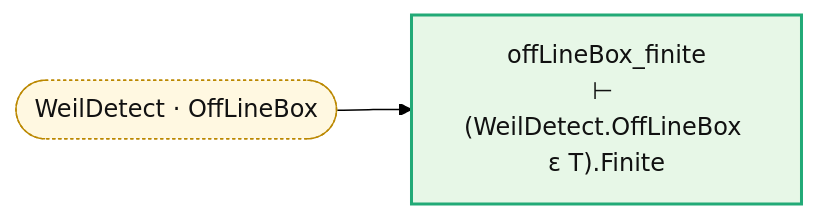
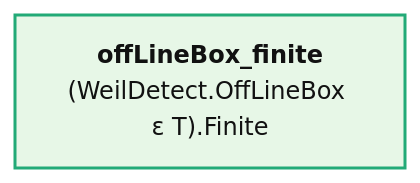
The diagram in map/lean_stage3/BoxFinite.md (juliansambranojr/Primebeat_081426), drawn with Mermaid (forest theme) before and after one commit. The commit also changed other lines of this file and 387 other files, not shown here.

````diff
--- a/map/lean_stage3/BoxFinite.md
+++ b/map/lean_stage3/BoxFinite.md
@@ -8,12 +12,9 @@
 ```mermaid
 flowchart LR
-  n0["offLineBox_finite<br/>⊢ (WeilDetect.OffLineBox ε T).Finite"]:::end_
-  x0(["WeilDetect · OffLineBox"]):::ext
-  x0 --> n0
+  n0["<b>offLineBox_finite</b><br/>(WeilDetect.OffLineBox ε T).Finite"]:::end_
   classDef thm fill:#eef4ff,stroke:#335,color:#111
-  classDef dfn fill:#f2f2f2,stroke:#777,color:#111
   classDef end_ fill:#e7f7e7,stroke:#2a7,color:#111,stroke-width:2px
   classDef lone fill:#fff,stroke:#999,color:#111,stroke-dasharray:4 3
   classDef bad fill:#ffe5e5,stroke:#c22,color:#111,stroke-width:2px
-  classDef ext fill:#fff8e1,stroke:#b80,color:#111,stroke-dasharray:2 2
+  classDef ext fill:#fff8e1,stroke:#b80,color:#111
 ```
````
